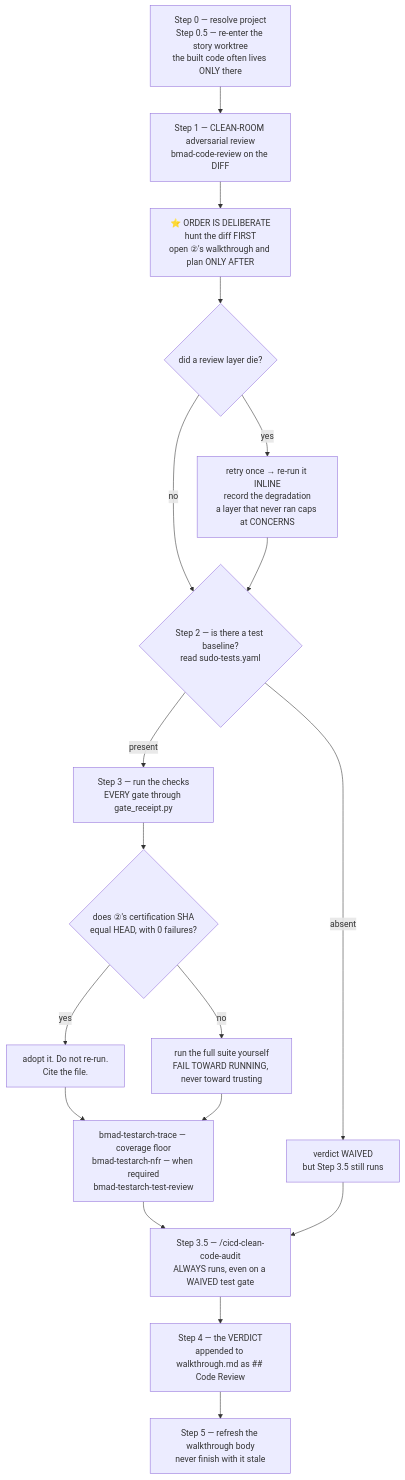
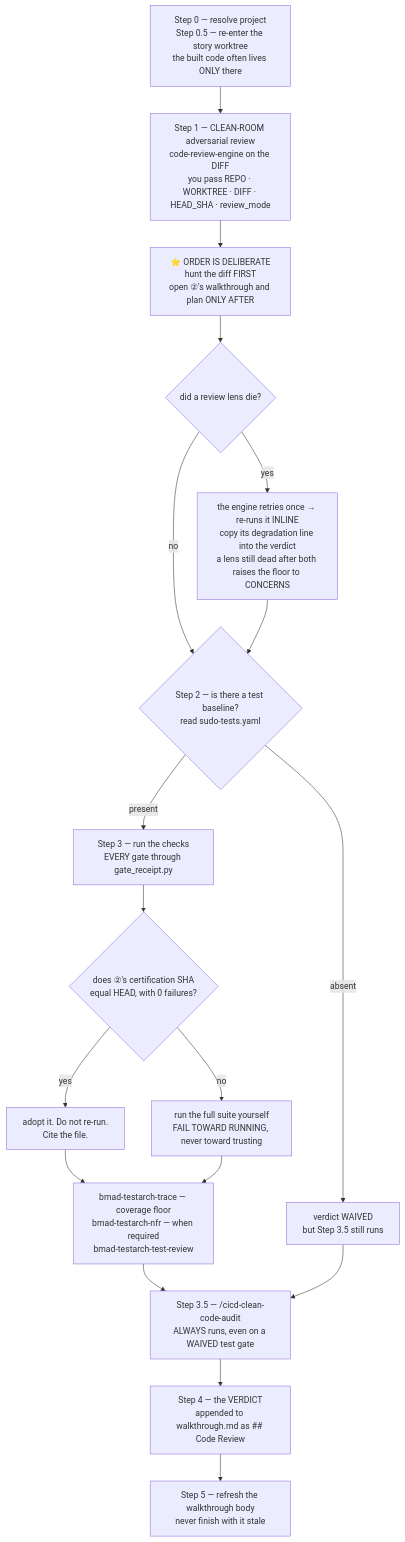
Before and after one commit to sudomadhatter/Sudo_Hatter_Command: the sixth of 23 diagrams in docs/_scc_sops_prds/workflows_testing_SOP.md, drawn with Mermaid. The commit also changed other lines of this file and 22 other files, not shown here.

````diff
--- a/docs/_scc_sops_prds/workflows_testing_SOP.md
+++ b/docs/_scc_sops_prds/workflows_testing_SOP.md
@@ -457,20 +457,20 @@
 ```mermaid
 flowchart TD
-    S0["Step 0 — resolve project\nStep 0.5 — re-enter the story worktree\nthe built code often lives ONLY there"] --> S1["Step 1 — CLEAN-ROOM adversarial review\nbmad-code-review on the DIFF"]
+    S0["Step 0 — resolve project\nStep 0.5 — re-enter the story worktree\nthe built code often lives ONLY there"] --> S1["Step 1 — CLEAN-ROOM adversarial review\ncode-review-engine on the DIFF\nyou pass REPO · WORKTREE · DIFF · HEAD_SHA · review_mode"]
     S1 --> ORD["⭐ ORDER IS DELIBERATE\nhunt the diff FIRST\nopen ②'s walkthrough and plan ONLY AFTER"]
-    ORD --> LAYER{"did a review layer die?"}
-    LAYER -- "yes" --> REC["retry once → re-run it INLINE\nrecord the degradation\na layer that never ran caps at CONCERNS"]
+    ORD --> LAYER{"did a review lens die?"}
+    LAYER -- "yes" --> REC["the engine retries once → re-runs it INLINE\ncopy its degradation line into the verdict\na lens still dead after both raises the floor to CONCERNS"]
     LAYER -- "no" --> S2{"Step 2 — is there a test baseline?\nread sudo-tests.yaml"}
     REC --> S2
     S2 -- "absent" --> WAIV["verdict WAIVED\nbut Step 3.5 still runs"]
     S2 -- "present" --> S3["Step 3 — run the checks\nEVERY gate through gate_receipt.py"]
     S3 --> INH{"does ②'s certification SHA\nequal HEAD, with 0 failures?"}
     INH -- "yes" --> ADOPT["adopt it. Do not re-run.\nCite the file."]
     INH -- "no" --> RUN["run the full suite yourself\nFAIL TOWARD RUNNING, never toward trusting"]
     ADOPT --> TEA["bmad-testarch-trace — coverage floor\nbmad-testarch-nfr — when required\nbmad-testarch-test-review"]
     RUN --> TEA
     TEA --> S35["Step 3.5 — /cicd-clean-code-audit\nALWAYS runs, even on a WAIVED test gate"]
     WAIV --> S35
     S35 --> V["Step 4 — the VERDICT\nappended to walkthrough.md as ## Code Review"]
     V --> S5["Step 5 — refresh the walkthrough body\nnever finish with it stale"]
 ```
````
